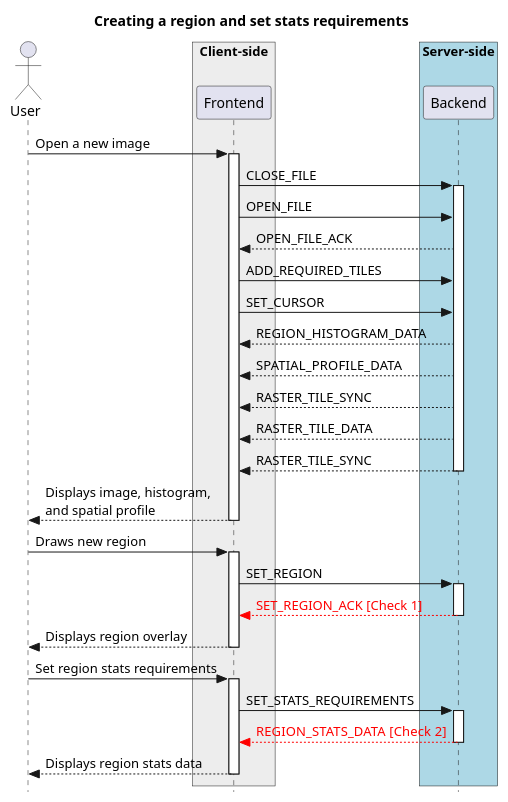
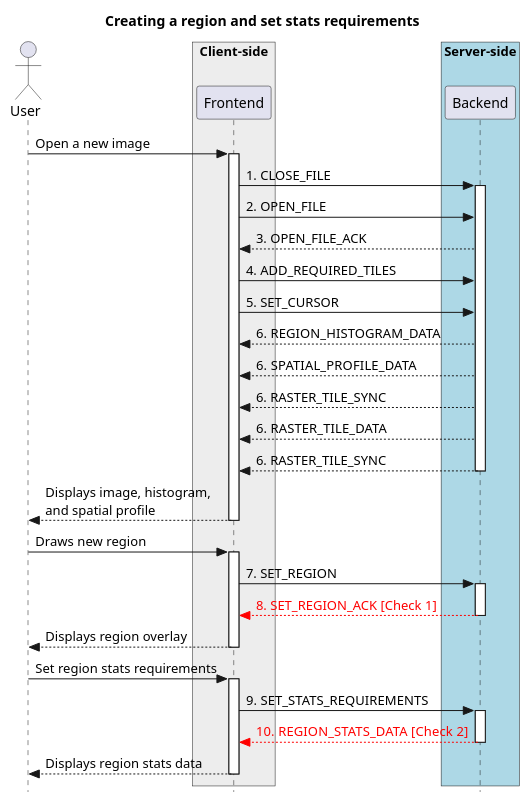
Before and after one commit to CARTAvis/ICD-RxJS: the diagram in docs/source/region_stats.rst, drawn with PlantUML. The commit also changed 1 other file, not shown here.

Commit message:
Revise the sequence diagram

```diff
--- a/docs/source/region_stats.rst
+++ b/docs/source/region_stats.rst
@@ -4,50 +4,50 @@
 .. uml::
 
     skinparam style strictuml
     hide footbox
     title Creating a region and set stats requirements
 
     actor User
 
     box "Client-side" #EDEDED
             participant Frontend
     end box
 
     box "Server-side" #lightblue
         participant Backend
     end box
 
     User -> Frontend: Open a new image
     activate Frontend
-    Frontend -> Backend : CLOSE_FILE
+    Frontend -> Backend : 1. CLOSE_FILE
     activate Backend
-    Frontend -> Backend : OPEN_FILE
-    Frontend <-- Backend : OPEN_FILE_ACK
-    Frontend -> Backend : ADD_REQUIRED_TILES
-    Frontend -> Backend : SET_CURSOR
-    Frontend <-- Backend : REGION_HISTOGRAM_DATA
-    Frontend <-- Backend : SPATIAL_PROFILE_DATA
-    Frontend <-- Backend : RASTER_TILE_SYNC
-    Frontend <-- Backend : RASTER_TILE_DATA
-    Frontend <-- Backend : RASTER_TILE_SYNC
+    Frontend -> Backend : 2. OPEN_FILE
+    Frontend <-- Backend : 3. OPEN_FILE_ACK
+    Frontend -> Backend : 4. ADD_REQUIRED_TILES
+    Frontend -> Backend : 5. SET_CURSOR
+    Frontend <-- Backend : 6. REGION_HISTOGRAM_DATA
+    Frontend <-- Backend : 6. SPATIAL_PROFILE_DATA
+    Frontend <-- Backend : 6. RASTER_TILE_SYNC
+    Frontend <-- Backend : 6. RASTER_TILE_DATA
+    Frontend <-- Backend : 6. RASTER_TILE_SYNC
     deactivate Backend
     User <-- Frontend: Displays image, histogram, \nand spatial profile
     deactivate Frontend
 
     User -> Frontend: Draws new region
     activate Frontend
-    Frontend -> Backend : SET_REGION
+    Frontend -> Backend : 7. SET_REGION
     activate Backend
-    Frontend <--[#red] Backend : <font color="red">SET_REGION_ACK [Check 1]</font>
+    Frontend <--[#red] Backend : <font color="red">8. SET_REGION_ACK [Check 1]</font>
     deactivate Backend
     User <-- Frontend: Displays region overlay
     deactivate Frontend
 
     User -> Frontend: Set region stats requirements
     activate Frontend
-    Frontend -> Backend : SET_STATS_REQUIREMENTS
+    Frontend -> Backend : 9. SET_STATS_REQUIREMENTS
     activate Backend
-    Frontend <--[#red] Backend : <font color="red">REGION_STATS_DATA [Check 2]</font>
+    Frontend <--[#red] Backend : <font color="red">10. REGION_STATS_DATA [Check 2]</font>
     deactivate Backend
     User <-- Frontend: Displays region stats data
     deactivate Frontend
```
